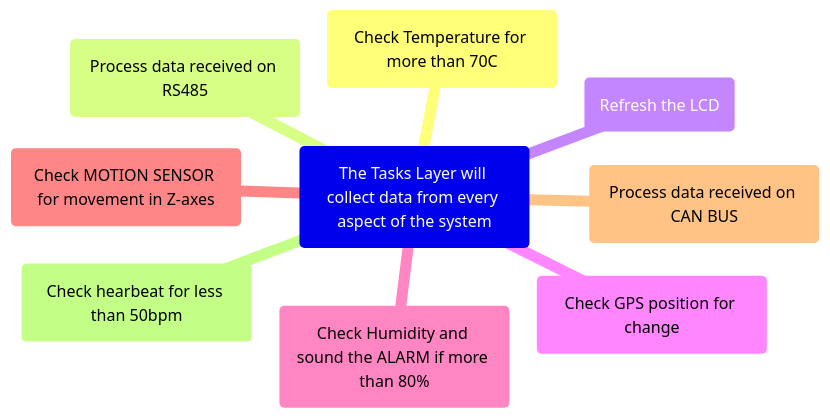
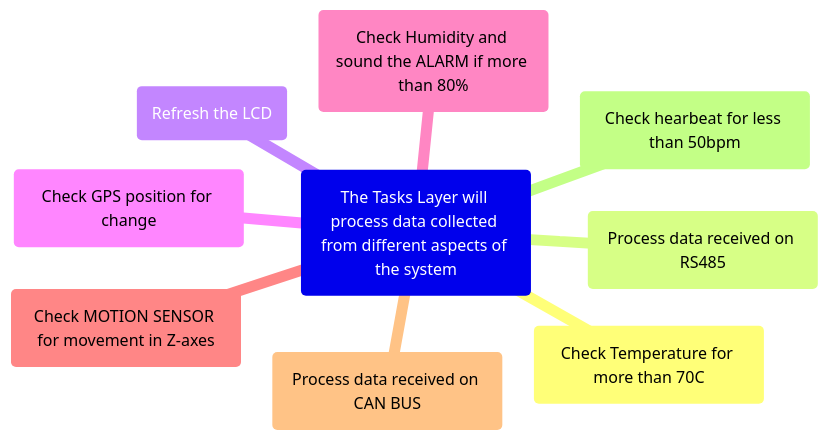
Before and after one commit to poriathegreat/MicroKernel: the fifth of 5 diagrams in README.md, drawn with Mermaid. The commit also changed other lines of this file, not shown here.

`````diff
--- a/README.md
+++ b/README.md
@@ -210,12 +367,12 @@
 ```mermaid
 mindmap
-        (The Tasks Layer will collect data from every aspect of the system)
+        (The Tasks Layer will process data collected from different aspects of the system)
             (Check Temperature for more than 70C)
             (Process data received on RS485)
             (Refresh the LCD)
             (Check GPS position for change)
             (Check Humidity and sound the ALARM if more than 80%)
             (Check MOTION SENSOR for movement in Z-axes)
             (Process data received on CAN BUS)
             (Check hearbeat for less than 50bpm)
 ````
`````
